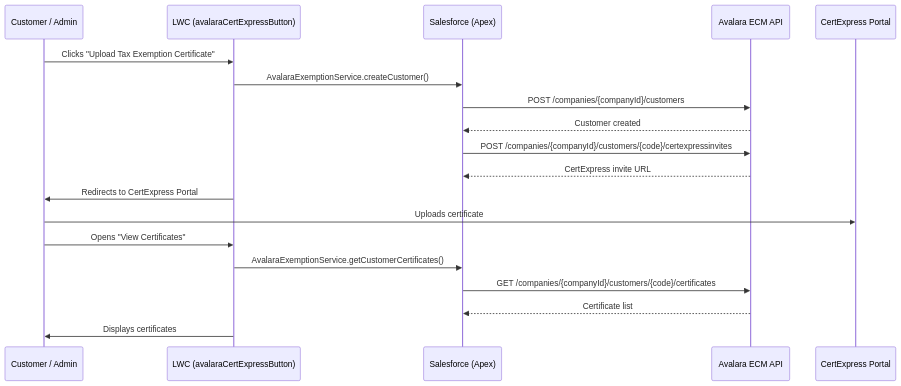
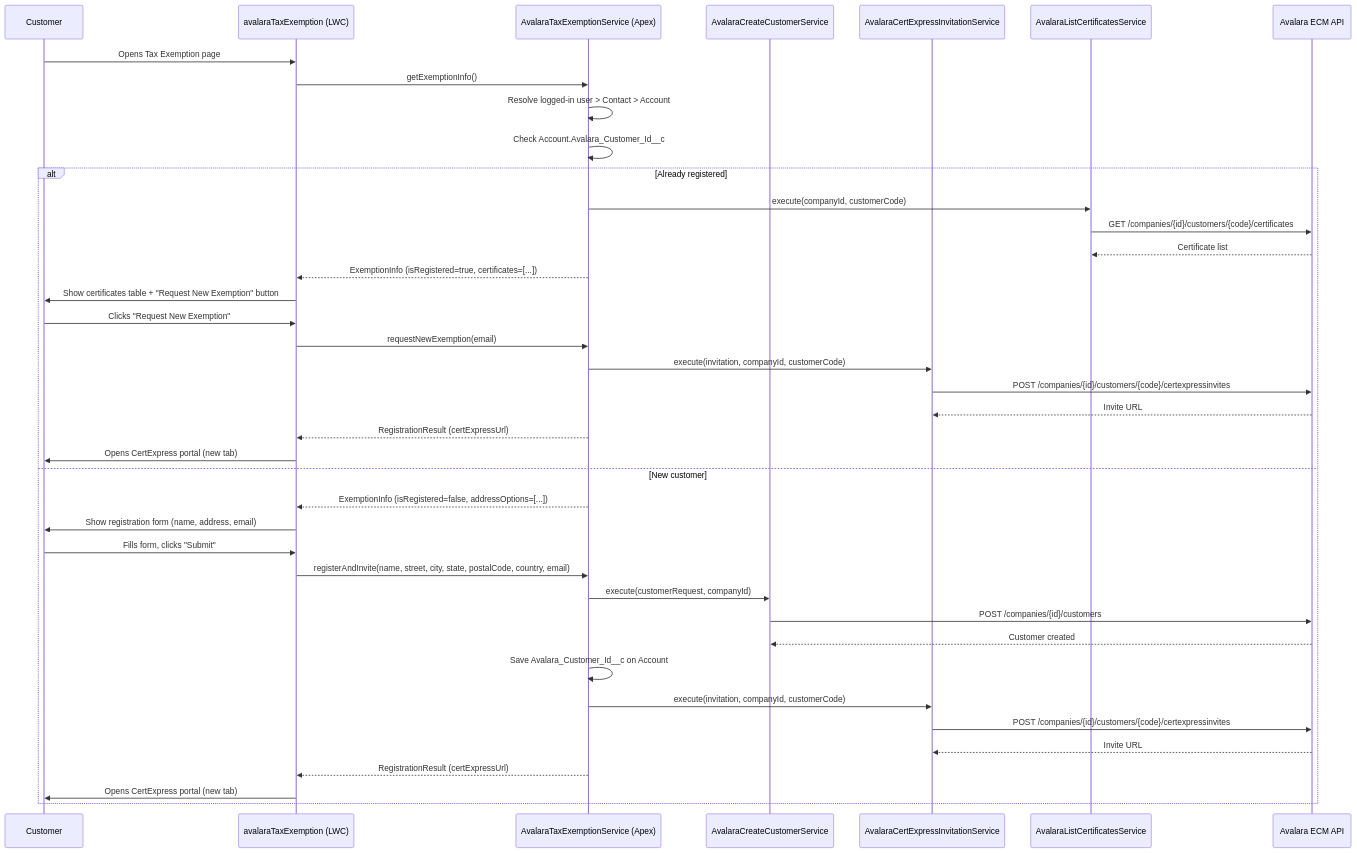
Before and after one commit to OrchidConnectAdmin/TCH_ORCHID: the third of 4 diagrams in Avalara/Analysis/avalara-api-integration-plan.md, drawn with Mermaid. The commit also changed other lines of this file and 32 other files, not shown here.

````diff
--- a/Avalara/Analysis/avalara-api-integration-plan.md
+++ b/Avalara/Analysis/avalara-api-integration-plan.md
@@ -315,24 +215,46 @@
 ```mermaid
 sequenceDiagram
-    participant U as Customer / Admin
-    participant LWC as LWC (avalaraCertExpressButton)
-    participant SF as Salesforce (Apex)
+    participant U as Customer
+    participant LWC as avalaraTaxExemption (LWC)
+    participant SRV as AvalaraTaxExemptionService (Apex)
+    participant CCS as AvalaraCreateCustomerService
+    participant CIS as AvalaraCertExpressInvitationService
+    participant LCS as AvalaraListCertificatesService
     participant AV as Avalara ECM API
-    participant CE as CertExpress Portal
 
-    U->>LWC: Clicks "Upload Tax Exemption Certificate"
-    LWC->>SF: AvalaraExemptionService.createCustomer()
-    SF->>AV: POST /companies/{companyId}/customers
-    AV-->>SF: Customer created
+    U->>LWC: Opens Tax Exemption page
+    LWC->>SRV: getExemptionInfo()
+    SRV->>SRV: Resolve logged-in user > Contact > Account
+    SRV->>SRV: Check Account.Avalara_Customer_Id__c
 
-    SF->>AV: POST /companies/{companyId}/customers/{code}/certexpressinvites
-    AV-->>SF: CertExpress invite URL
-    LWC->>U: Redirects to CertExpress Portal
-    U->>CE: Uploads certificate
+    alt Already registered
+        SRV->>LCS: execute(companyId, customerCode)
+        LCS->>AV: GET /companies/{id}/customers/{code}/certificates
+        AV-->>LCS: Certificate list
+        SRV-->>LWC: ExemptionInfo (isRegistered=true, certificates=[...])
+        LWC->>U: Show certificates table + "Request New Exemption" button
 
-    U->>LWC: Opens "View Certificates"
-    LWC->>SF: AvalaraExemptionService.getCustomerCertificates()
-    SF->>AV: GET /companies/{companyId}/customers/{code}/certificates
-    AV-->>SF: Certificate list
-    LWC->>U: Displays certificates
+        U->>LWC: Clicks "Request New Exemption"
+        LWC->>SRV: requestNewExemption(email)
+        SRV->>CIS: execute(invitation, companyId, customerCode)
+        CIS->>AV: POST /companies/{id}/customers/{code}/certexpressinvites
+        AV-->>CIS: Invite URL
+        SRV-->>LWC: RegistrationResult (certExpressUrl)
+        LWC->>U: Opens CertExpress portal (new tab)
+    else New customer
+        SRV-->>LWC: ExemptionInfo (isRegistered=false, addressOptions=[...])
+        LWC->>U: Show registration form (name, address, email)
+
+        U->>LWC: Fills form, clicks "Submit"
+        LWC->>SRV: registerAndInvite(name, street, city, state, postalCode, country, email)
+        SRV->>CCS: execute(customerRequest, companyId)
+        CCS->>AV: POST /companies/{id}/customers
+        AV-->>CCS: Customer created
+        SRV->>SRV: Save Avalara_Customer_Id__c on Account
+        SRV->>CIS: execute(invitation, companyId, customerCode)
+        CIS->>AV: POST /companies/{id}/customers/{code}/certexpressinvites
+        AV-->>CIS: Invite URL
+        SRV-->>LWC: RegistrationResult (certExpressUrl)
+        LWC->>U: Opens CertExpress portal (new tab)
+    end
 ```
````
